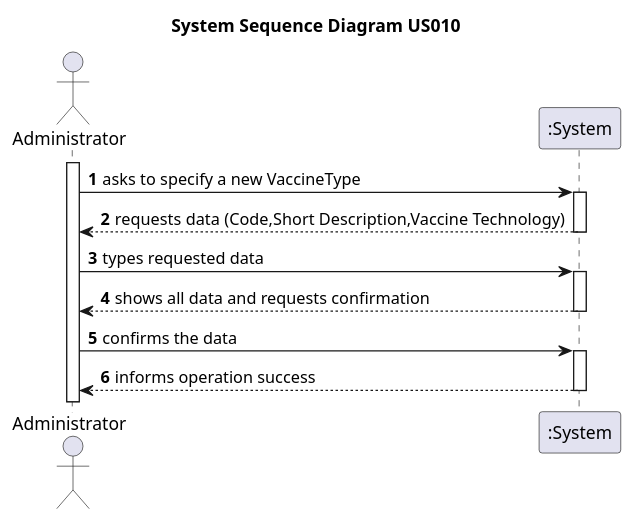
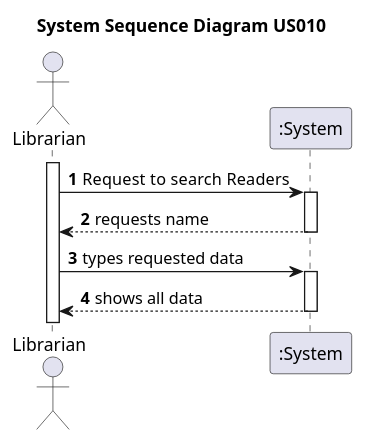
The diagram in docs/Phase_1/WP_3A/US014/US014-SSD.puml (GODinho211/psoft-project-G2), drawn with PlantUML before and after one commit. The commit also changed 11 other files, not shown here.

Commit message:
Update the Workpackage 3 with the design namely Domain model extract sequence diagram ans system sequence diagram

```diff
--- a/docs/Phase_1/WP_3A/US014/US014-SSD.puml
+++ b/docs/Phase_1/WP_3A/US014/US014-SSD.puml
@@ -1,22 +1,19 @@
 @startuml
 'https://plantuml.com/sequence-diagram
 
 title System Sequence Diagram US010
 
 autoactivate on
 autonumber
 
-actor "Administrator" as Administrator
+actor "Librarian" as Administrator
 participant ":System" as System
 
 activate Administrator
 
-Administrator -> System: asks to specify a new VaccineType
-System --> Administrator: requests data (Code,Short Description,Vaccine Technology)
+Administrator -> System: Request to  search Readers
+System --> Administrator: requests name
 
 Administrator -> System: types requested data
-System --> Administrator: shows all data and requests confirmation
-
-Administrator -> System: confirms the data
-System --> Administrator: informs operation success
+System --> Administrator: shows all data
 @enduml
```
